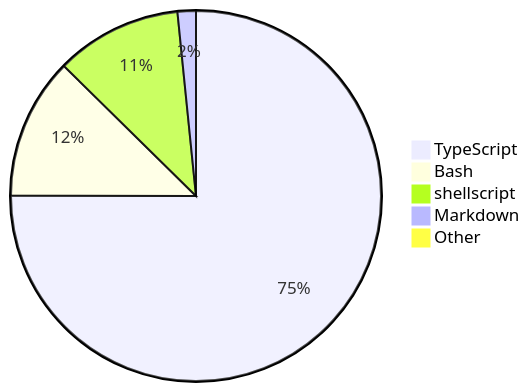
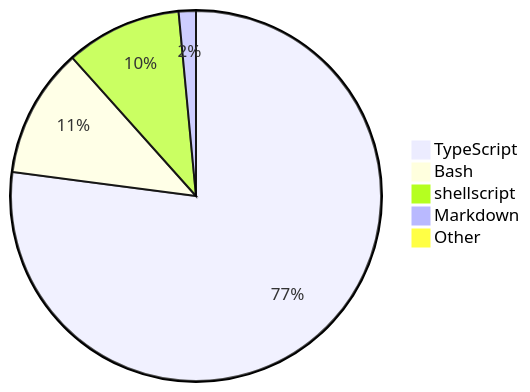
One commit to skvggor/skvggor changed the diagram in README.md. Above: the diagram before and after it, drawn with Mermaid.

Commit message:
Updated waka-readme graph with new metrics

````diff
--- a/README.md
+++ b/README.md
@@ -16,8 +16,8 @@
 ```mermaid
 pie
-    "TypeScript" : 74.9
-    "Bash" : 12.3
-    "shellscript" : 11.0
-    "Markdown" : 1.6
+    "TypeScript" : 77.0
+    "Bash" : 11.3
+    "shellscript" : 10.1
+    "Markdown" : 1.5
     "Other" : 0.1
 ```
````
